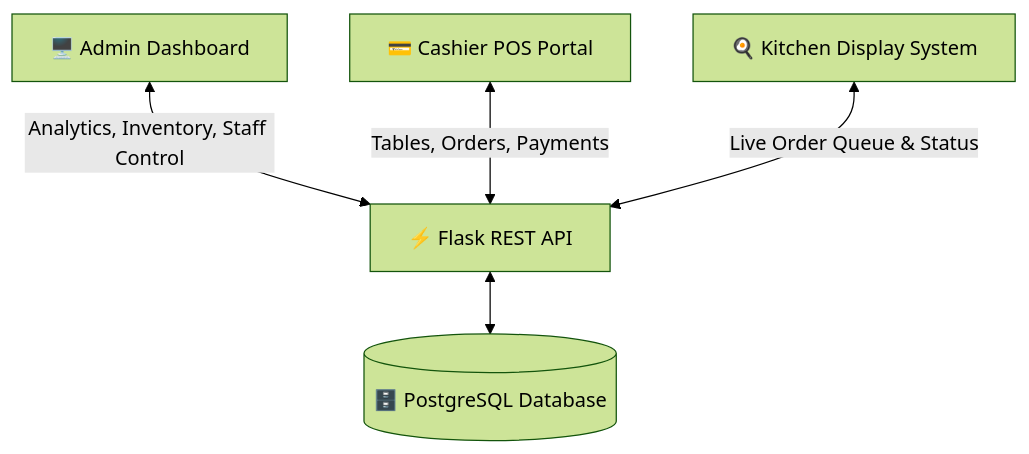
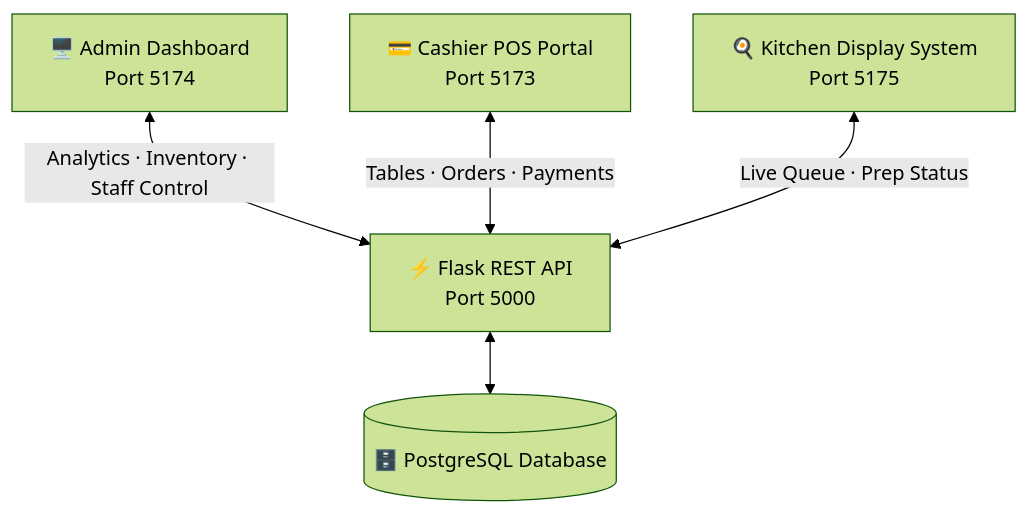
The diagram in README.md (KrishModh/Odoo-x-Parul-University-Hackathon-Final-Round), drawn with Mermaid (forest theme) before and after one commit. The commit also changed other lines of this file and 1 other file, not shown here.

````diff
--- a/README.md
+++ b/README.md
@@ -63,7 +119,7 @@
 ```mermaid
 graph TD
-    A[🖥️ Admin Dashboard] <-->|Analytics, Inventory, Staff Control| API[⚡ Flask REST API]
-    B[💳 Cashier POS Portal] <-->|Tables, Orders, Payments| API
-    C[🍳 Kitchen Display System] <-->|Live Order Queue & Status| API
-    API <--> D[(🗄️ PostgreSQL Database)]
+    A[🖥️ Admin Dashboard<br/>Port 5174] <-->|Analytics · Inventory · Staff Control| API
+    B[💳 Cashier POS Portal<br/>Port 5173] <-->|Tables · Orders · Payments| API
+    C[🍳 Kitchen Display System<br/>Port 5175] <-->|Live Queue · Prep Status| API
+    API[⚡ Flask REST API<br/>Port 5000] <--> D[(🗄️ PostgreSQL Database)]
 ```
````
